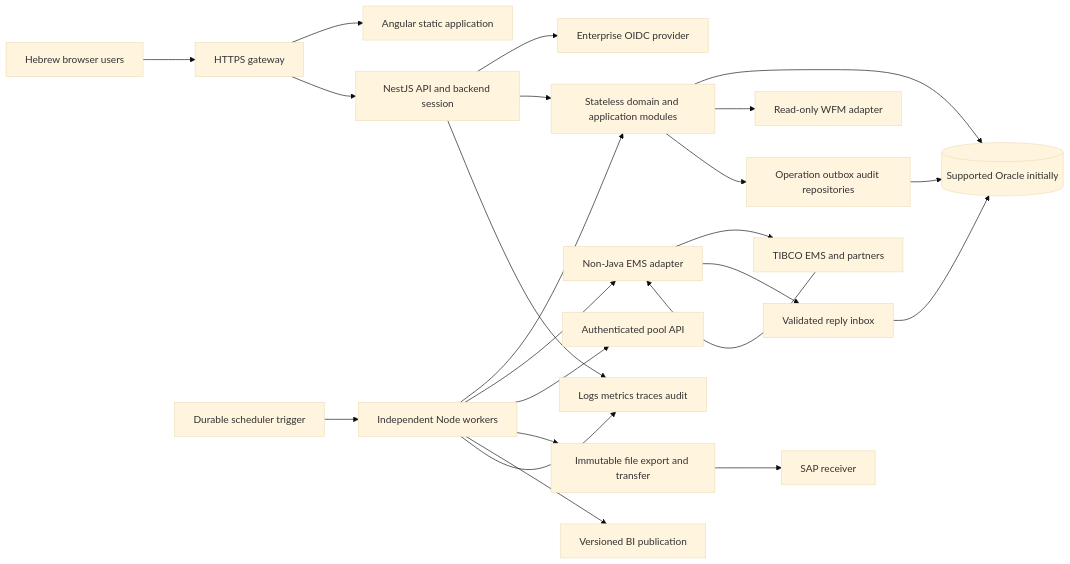
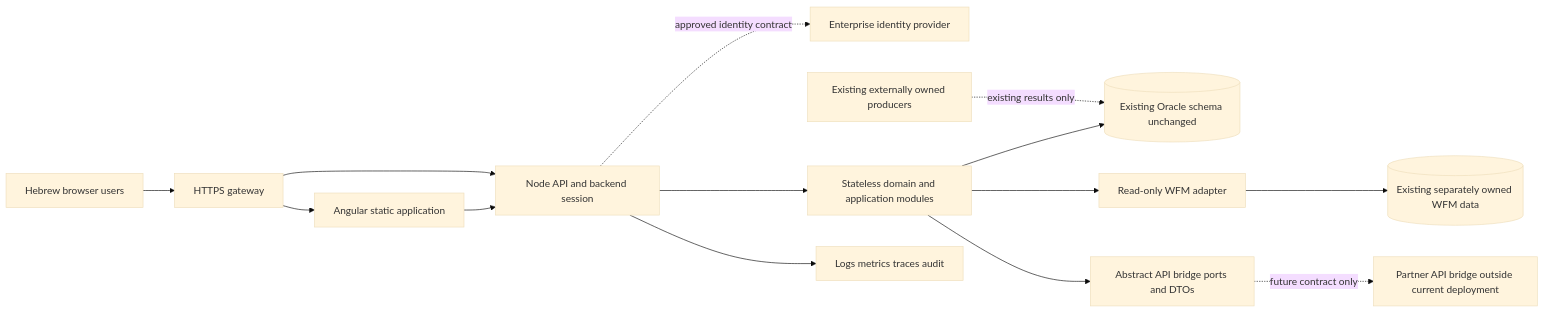
One commit to slavafridman/SHFAI changed the fourth of 5 diagrams in docs/SHF_REVERSE_ENGINEERED_TECHNICAL_DESIGN.md. Above: the diagram before and after it, drawn with Mermaid (base theme). The commit also changed other lines of this file and 14 other files, not shown here.

````diff
--- a/docs/SHF_REVERSE_ENGINEERED_TECHNICAL_DESIGN.md
+++ b/docs/SHF_REVERSE_ENGINEERED_TECHNICAL_DESIGN.md
@@ -1259,25 +1564,16 @@
 ```mermaid
 flowchart LR
     Users[Hebrew browser users] --> Edge[HTTPS gateway]
     Edge --> UI[Angular static application]
-    Edge --> API[NestJS API and backend session]
-    API --> IDP[Enterprise OIDC provider]
+  UI --> API[Node API and backend session]
+  Edge --> API
+  API -. approved identity contract .-> IDP[Enterprise identity provider]
     API --> Core[Stateless domain and application modules]
-    Core --> DB[(Supported Oracle initially)]
+  Core --> DB[(Existing Oracle schema unchanged)]
     Core --> ReadWfm[Read-only WFM adapter]
-    Core --> Intent[Operation outbox audit repositories]
-    Intent --> DB
-    Sched[Durable scheduler trigger] --> Workers[Independent Node workers]
-    Workers --> Core
-    Workers --> Transport[Non-Java EMS adapter]
-    Transport --> EMS[TIBCO EMS and partners]
-    EMS --> Transport
-    Transport --> Ingress[Validated reply inbox]
-    Ingress --> DB
-    Workers --> Pool[Authenticated pool API]
-    Workers --> Export[Immutable file export and transfer]
-    Export --> SAP[SAP receiver]
-    Workers --> BI[Versioned BI publication]
+  ReadWfm --> WFM[(Existing separately owned WFM data)]
+  Core --> Port[Abstract API bridge ports and DTOs]
+  Port -. future contract only .-> Bridge[Partner API bridge outside current deployment]
+  Legacy[Existing externally owned producers] -. existing results only .-> DB
     API --> Observe[Logs metrics traces audit]
-    Workers --> Observe
 ```
````
